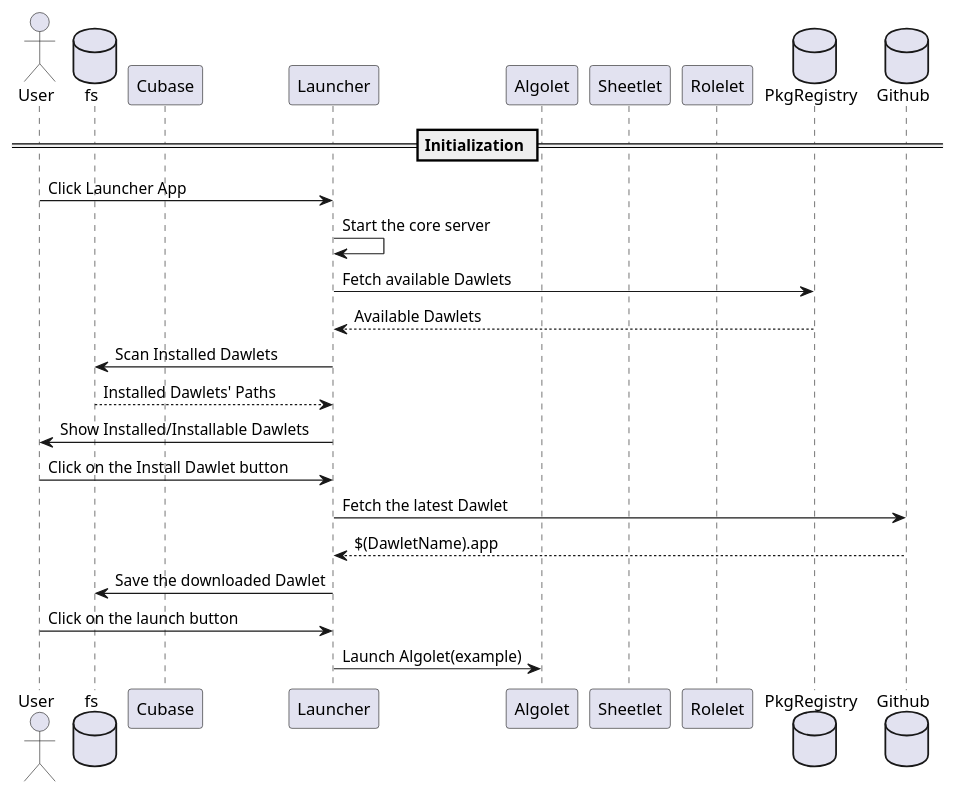
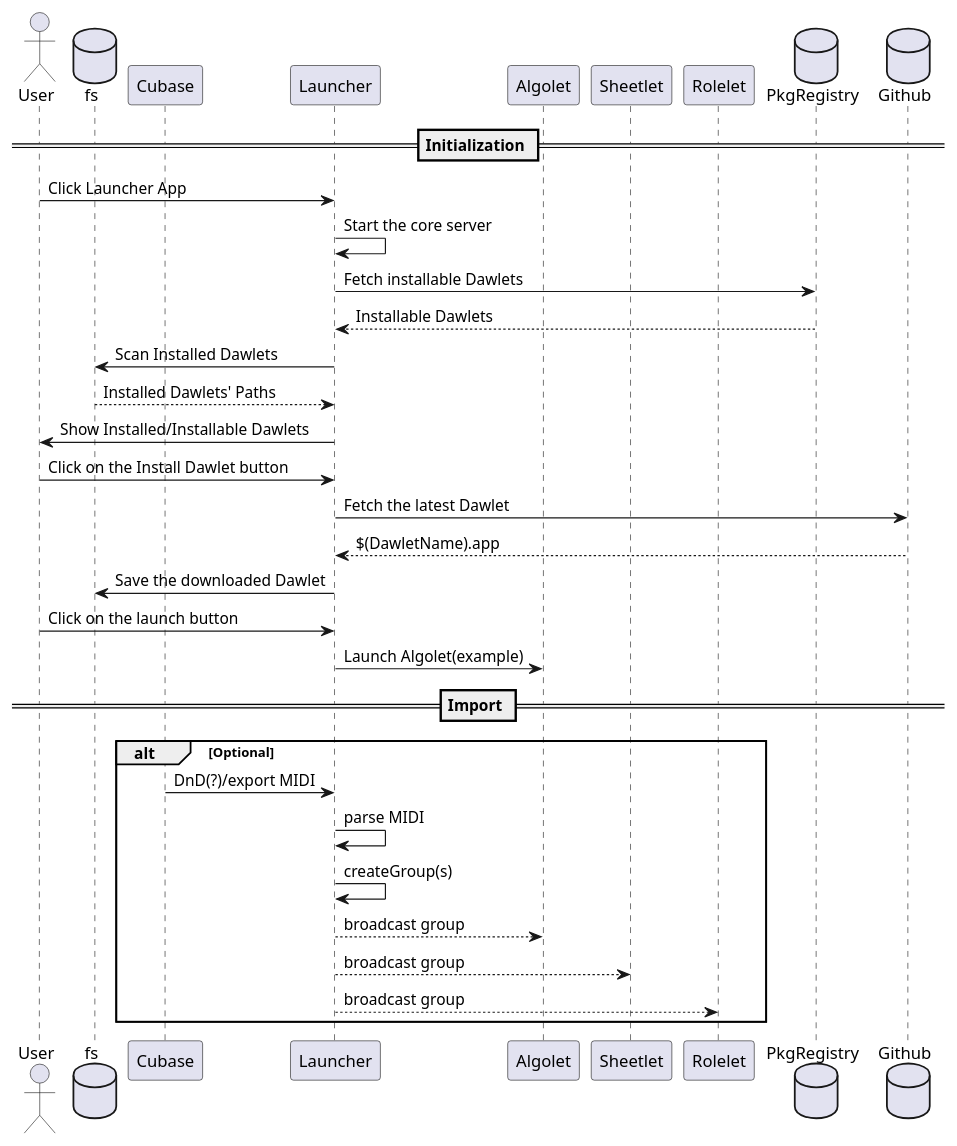
Before and after one commit to dawlet-team/dawlet-poc: the diagram in yogo/docs/sequence.pu, drawn with PlantUML.

Commit message:
docs: add import section to sequence diagram

```diff
--- a/yogo/docs/sequence.pu
+++ b/yogo/docs/sequence.pu
@@ -1,29 +1,40 @@
 @startuml Dawlet Sequence
 actor User
 database fs
 participant Cubase
 participant Launcher
 participant Algolet
 participant Sheetlet
 participant Rolelet
 database PkgRegistry
 database Github
 
-
 == Initialization ==
 
 User -> Launcher: Click Launcher App
 Launcher -> Launcher: Start the core server
-Launcher -> PkgRegistry: Fetch available Dawlets
-Launcher <-- PkgRegistry: Available Dawlets
+Launcher -> PkgRegistry: Fetch installable Dawlets
+Launcher <-- PkgRegistry: Installable Dawlets
 Launcher -> fs: Scan Installed Dawlets
 fs --> Launcher: Installed Dawlets' Paths
 User <- Launcher: Show Installed/Installable Dawlets
 User -> Launcher: Click on the Install Dawlet button
 Launcher -> Github: Fetch the latest Dawlet
 Launcher <-- Github: $(DawletName).app
 fs <- Launcher: Save the downloaded Dawlet
 User -> Launcher: Click on the launch button
 Launcher -> Algolet: Launch Algolet(example)
 
+
+== Import ==
+
+alt Optional
+  Cubase -> Launcher: DnD(?)/export MIDI
+  Launcher -> Launcher: parse MIDI
+  Launcher -> Launcher: createGroup(s)
+  Launcher --> Algolet: broadcast group
+  Launcher --> Sheetlet: broadcast group
+  Launcher --> Rolelet: broadcast group
+end
+
 @enduml
```
